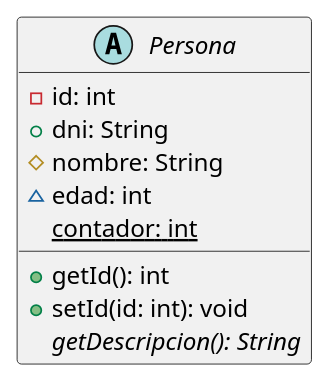
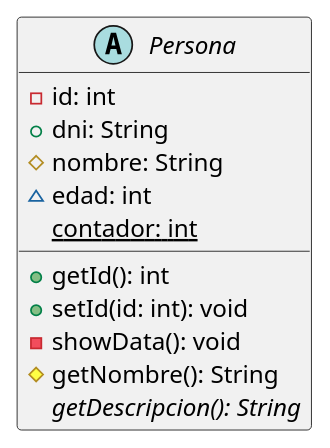
One commit to pepesan/enterprise-architect-avanzado-uml changed the diagram in doc/01_clases/plantuml/02_modificadores.plantuml. Above: the diagram before and after it, drawn with PlantUML. The commit also changed 11 other files, not shown here.

Commit message:
metidos ejercicios basicos y mejoras de ejemplos de diagrama de clases, con explicaciones de los README.md

```diff
--- a/doc/01_clases/plantuml/02_modificadores.plantuml
+++ b/doc/01_clases/plantuml/02_modificadores.plantuml
@@ -1,13 +1,15 @@
 @startuml
 abstract class Persona {
   - id: int
   + dni: String
   # nombre: String
   ~ edad: int
   {static} contador: int
 
   + getId(): int
   + setId(id: int): void
+  - showData(): void
+  # getNombre(): String
   {abstract} getDescripcion(): String
 }
 @enduml
```
